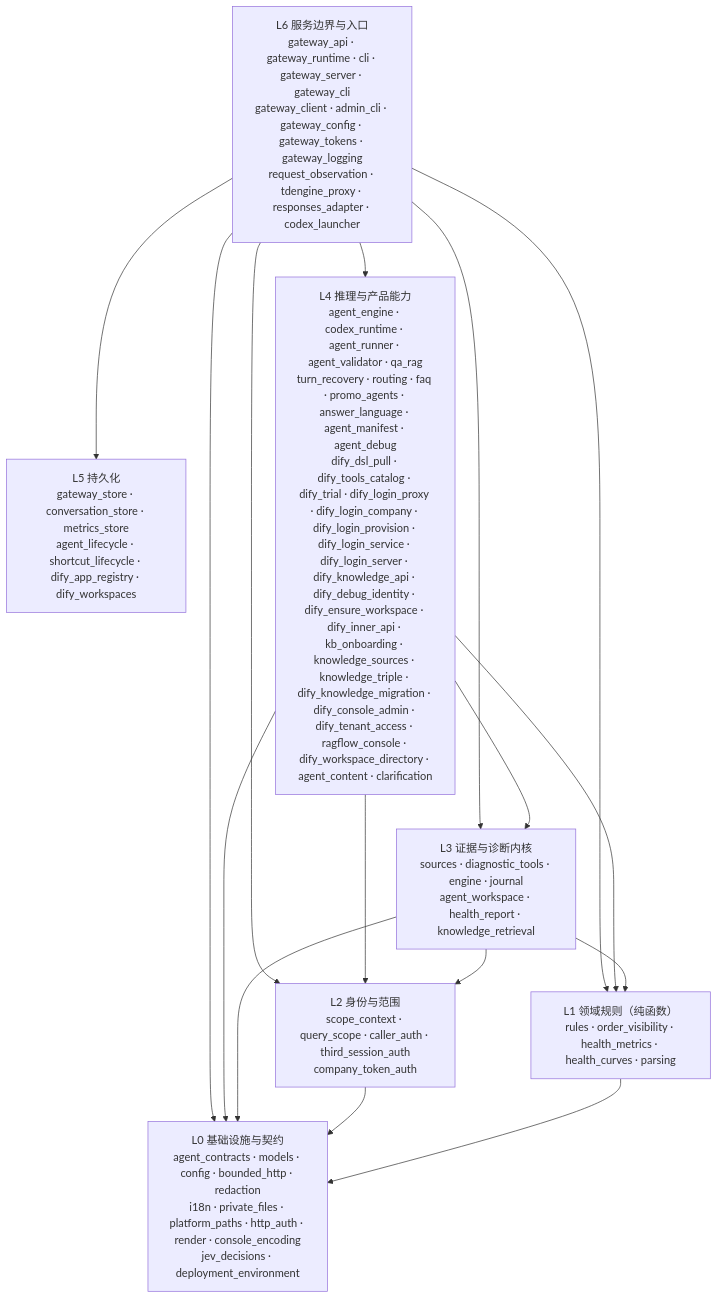
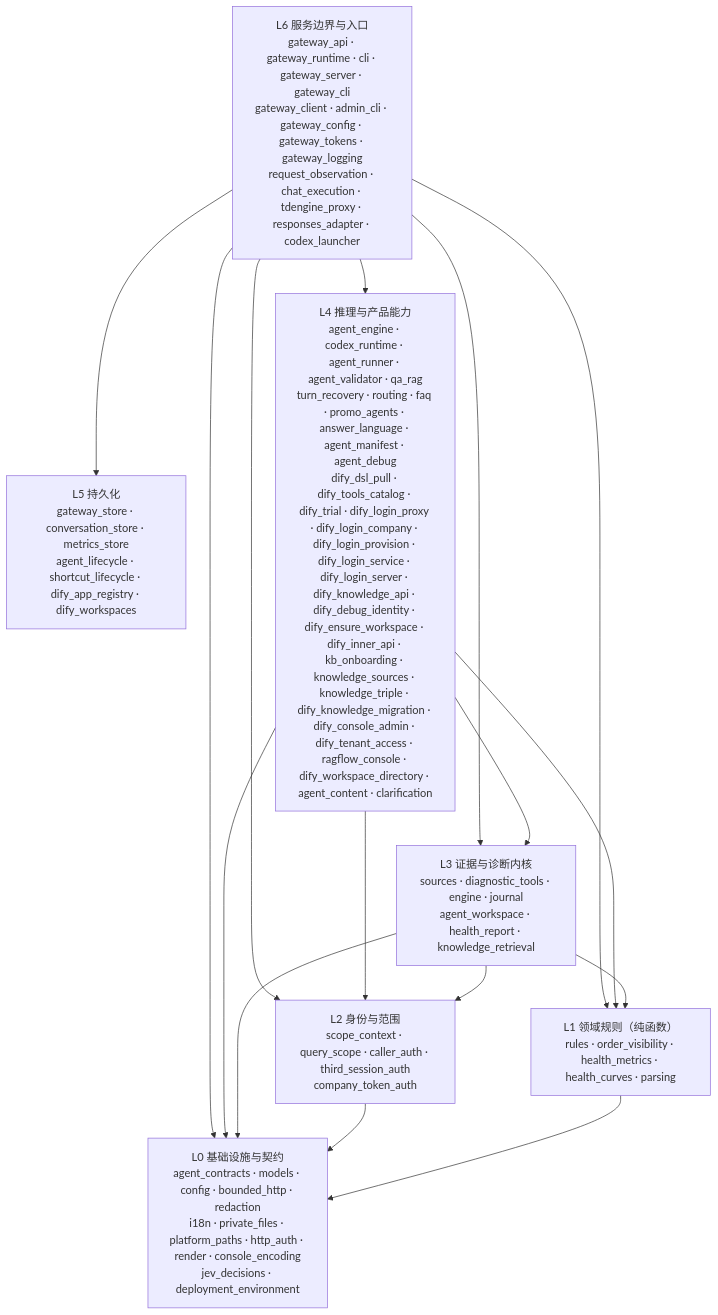
The diagram in README.md (kilbertert/AI-Ops), drawn with Mermaid before and after one commit. The commit also changed other lines of this file and 15 other files, not shown here.

````diff
--- a/README.md
+++ b/README.md
@@ -183,26 +183,26 @@
 ```mermaid
 flowchart TB
-    L6["L6 服务边界与入口<br/>gateway_api · gateway_runtime · cli · gateway_server · gateway_cli<br/>gateway_client · admin_cli · gateway_config · gateway_tokens · gateway_logging<br/>request_observation · tdengine_proxy · responses_adapter · codex_launcher"]
+    L6["L6 服务边界与入口<br/>gateway_api · gateway_runtime · cli · gateway_server · gateway_cli<br/>gateway_client · admin_cli · gateway_config · gateway_tokens · gateway_logging<br/>request_observation · chat_execution · tdengine_proxy · responses_adapter · codex_launcher"]
     L5["L5 持久化<br/>gateway_store · conversation_store · metrics_store<br/>agent_lifecycle · shortcut_lifecycle · dify_app_registry · dify_workspaces"]
     L4["L4 推理与产品能力<br/>agent_engine · codex_runtime · agent_runner · agent_validator · qa_rag<br/>turn_recovery · routing · faq · promo_agents · answer_language · agent_manifest · agent_debug<br/>dify_dsl_pull · dify_tools_catalog · dify_trial · dify_login_proxy · dify_login_company · dify_login_provision · dify_login_service · dify_login_server · dify_knowledge_api · dify_debug_identity · dify_ensure_workspace · dify_inner_api · kb_onboarding · knowledge_sources · knowledge_triple · dify_knowledge_migration · dify_console_admin · dify_tenant_access · ragflow_console · dify_workspace_directory · agent_content · clarification"]
     L3["L3 证据与诊断内核<br/>sources · diagnostic_tools · engine · journal<br/>agent_workspace · health_report · knowledge_retrieval"]
     L2["L2 身份与范围<br/>scope_context · query_scope · caller_auth · third_session_auth<br/>company_token_auth"]
     L1["L1 领域规则（纯函数）<br/>rules · order_visibility · health_metrics · health_curves · parsing"]
     L0["L0 基础设施与契约<br/>agent_contracts · models · config · bounded_http · redaction<br/>i18n · private_files · platform_paths · http_auth · render · console_encoding<br/>jev_decisions · deployment_environment"]
 
     L6 --> L5
     L6 --> L4
     L6 --> L3
     L6 --> L2
     L6 --> L1
     L6 --> L0
     L4 --> L3
     L4 --> L2
     L4 --> L1
     L4 --> L0
     L3 --> L2
     L3 --> L1
     L3 --> L0
     L2 --> L0
     L1 --> L0
 ```
````
